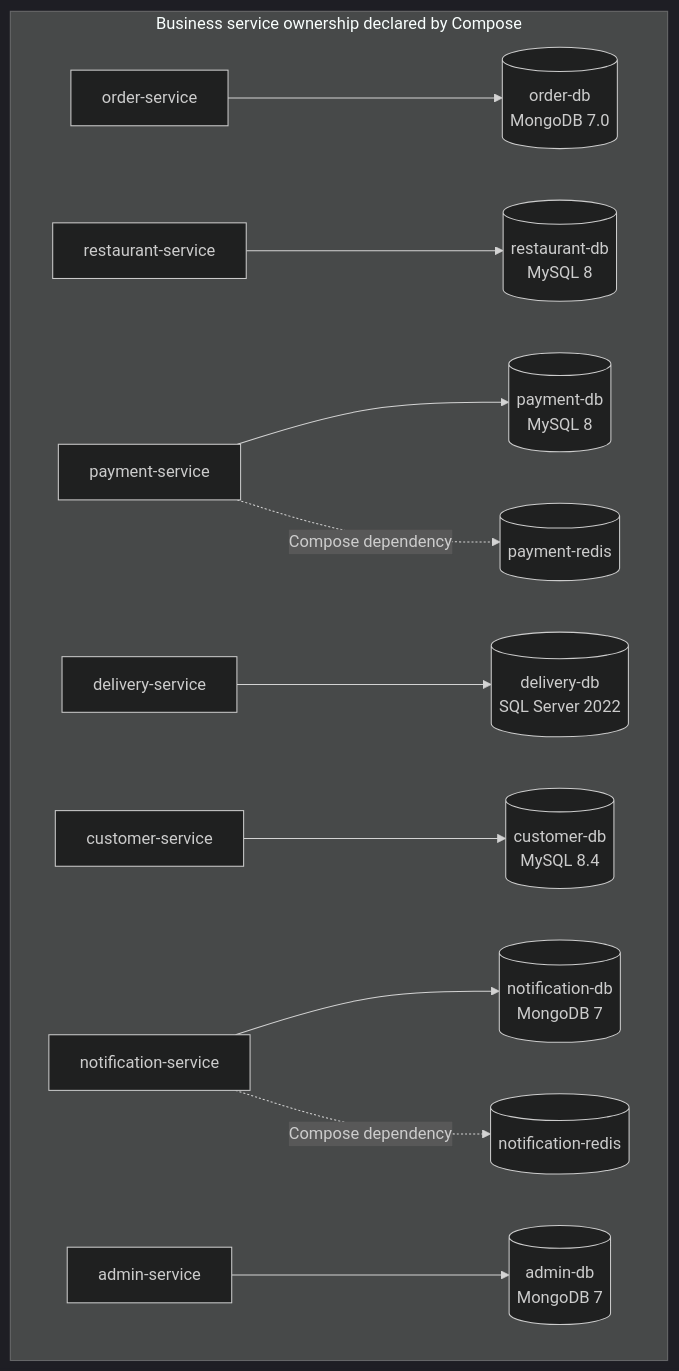
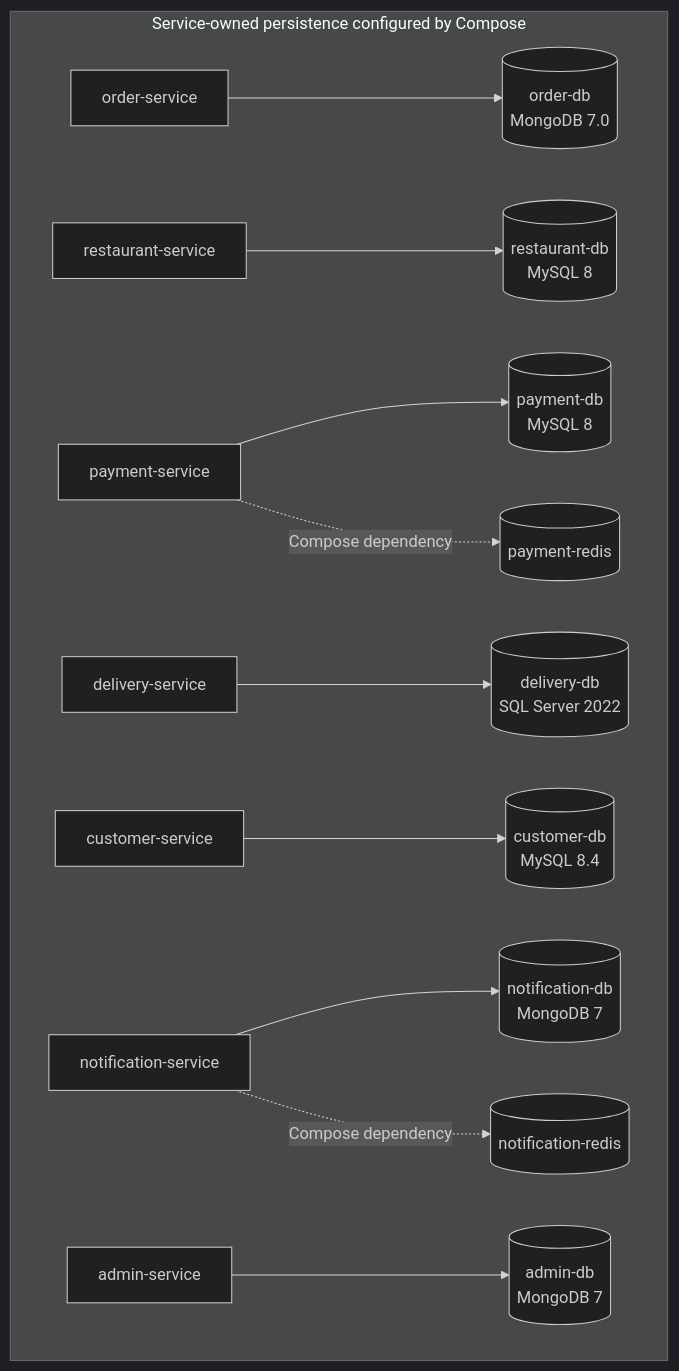
One commit to Kaptain-codes/Distributed-Systems-Applications changed the third of 4 diagrams in Assignment-2/README.md. Above: the diagram before and after it, drawn with Mermaid (dark theme). The commit also changed other lines of this file and 148 other files, not shown here.

````diff
--- a/Assignment-2/README.md
+++ b/Assignment-2/README.md
@@ -96,14 +101,14 @@
 ```mermaid
 flowchart TB
-    subgraph Services[Business service ownership declared by Compose]
+    subgraph Services[Service-owned persistence configured by Compose]
         O[order-service] --> ODB[(order-db\nMongoDB 7.0)]
         R[restaurant-service] --> RDB[(restaurant-db\nMySQL 8)]
         P[payment-service] --> PDB[(payment-db\nMySQL 8)]
         D[delivery-service] --> DDB[(delivery-db\nSQL Server 2022)]
         C[customer-service] --> CDB[(customer-db\nMySQL 8.4)]
         N[notification-service] --> NDB[(notification-db\nMongoDB 7)]
         A[admin-service] --> ADB[(admin-db\nMongoDB 7)]
         P -. Compose dependency .-> PR[(payment-redis)]
         N -. Compose dependency .-> NR[(notification-redis)]
     end
 ```
````
